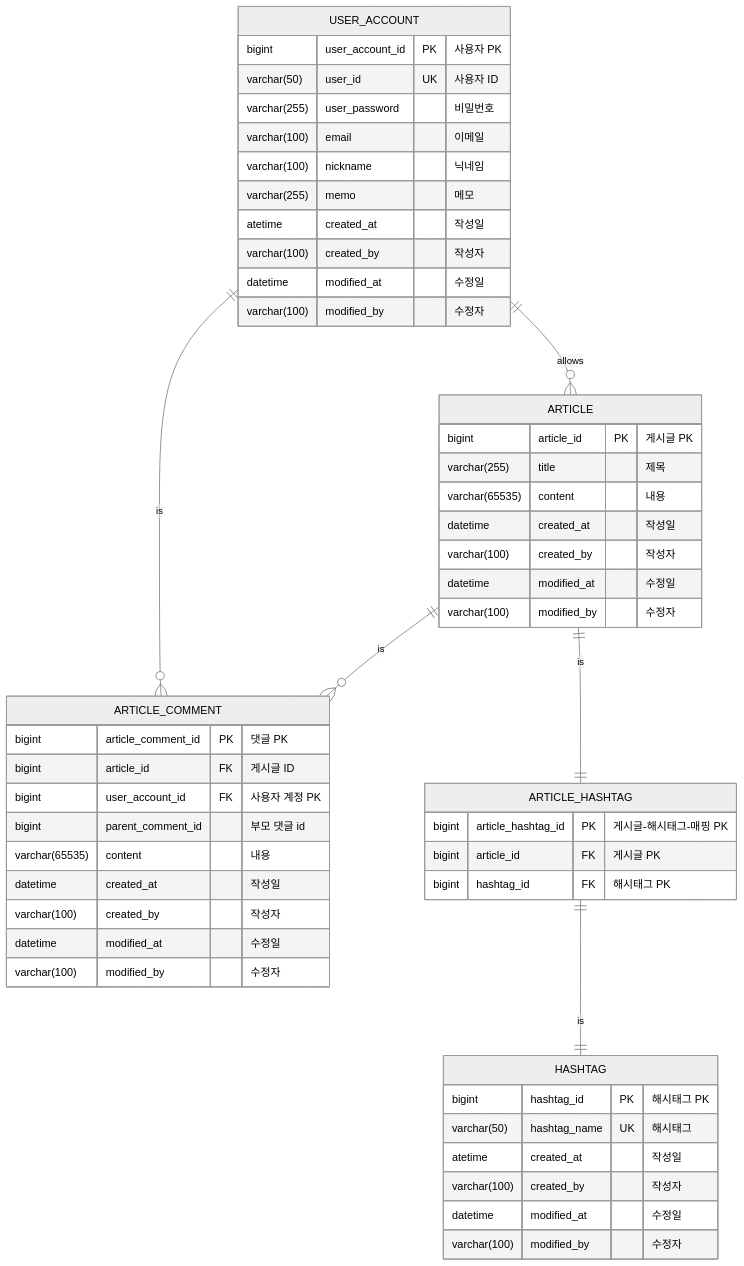
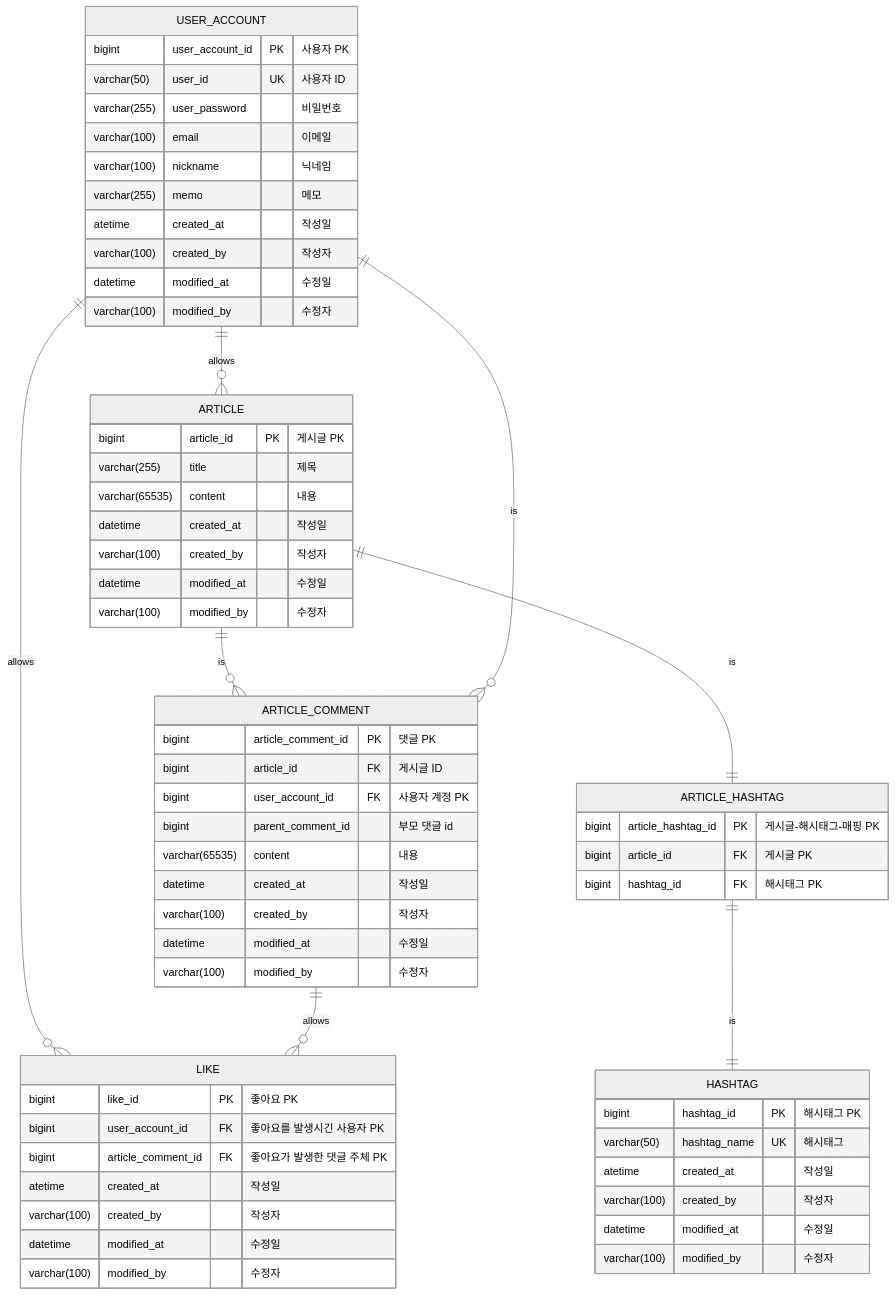
One commit to jangseoyun/car-hr-sns changed the diagram in README.md. Above: the diagram before and after it, drawn with Mermaid (neutral theme). The commit also changed 1 other file, not shown here.

Commit message:
feat: Like ERD 설계 추가 및 entity 생성
-  Readme ERD 추가
- entity 생성

#101

````diff
--- a/README.md
+++ b/README.md
@@ -5,58 +5,69 @@
 ``` mermaid
 erDiagram 
 ARTICLE ||--o{ ARTICLE_COMMENT : is
     ARTICLE {
         bigint article_id PK "게시글 PK"
         varchar(255) title "제목" 
         varchar(65535) content "내용"
         datetime created_at "작성일"
         varchar(100) created_by "작성자"
         datetime modified_at "수정일"
         varchar(100) modified_by "수정자"
     }
 
     ARTICLE_COMMENT {
         bigint article_comment_id PK "댓글 PK"
         bigint article_id FK "게시글 ID"
         bigint user_account_id FK "사용자 계정 PK"
         bigint parent_comment_id "부모 댓글 id"
         varchar(65535) content "내용"
         datetime created_at "작성일"
         varchar(100) created_by "작성자"
         datetime modified_at "수정일"
         varchar(100) modified_by "수정자"
     }
     
     ARTICLE_HASHTAG {
         bigint article_hashtag_id PK "게시글-해시태그-매핑 PK"
         bigint article_id FK "게시글 PK"
         bigint hashtag_id FK "해시태그 PK"
     }
     
 ARTICLE ||--|| ARTICLE_HASHTAG : is
 ARTICLE_HASHTAG ||--|| HASHTAG : is
     HASHTAG {
         bigint hashtag_id PK "해시태그 PK"
         varchar(50) hashtag_name UK "해시태그"
         atetime created_at "작성일"
         varchar(100) created_by "작성자"
         datetime modified_at "수정일"
         varchar(100) modified_by "수정자"
     }
 
 USER_ACCOUNT ||--o{ ARTICLE : allows
 USER_ACCOUNT ||--o{ ARTICLE_COMMENT : is
     USER_ACCOUNT {
         bigint user_account_id PK "사용자 PK"
         varchar(50) user_id UK "사용자 ID"
         varchar(255) user_password "비밀번호"
         varchar(100) email "이메일"
         varchar(100) nickname "닉네임"
         varchar(255) memo "메모" 
         atetime created_at "작성일"
         varchar(100) created_by "작성자"
         datetime modified_at "수정일"
         varchar(100) modified_by "수정자"
     }
+USER_ACCOUNT ||--o{ LIKE : allows
+ARTICLE_COMMENT ||--o{ LIKE : allows
+    LIKE {
+        bigint like_id PK "좋아요 PK"
+        bigint user_account_id FK "좋아요를 발생시긴 사용자 PK"
+        bigint article_comment_id FK "좋아요가 발생한 댓글 주체 PK"
+        atetime created_at "작성일"
+        varchar(100) created_by "작성자"
+        datetime modified_at "수정일"
+        varchar(100) modified_by "수정자"
+    }
    
 ```
````
